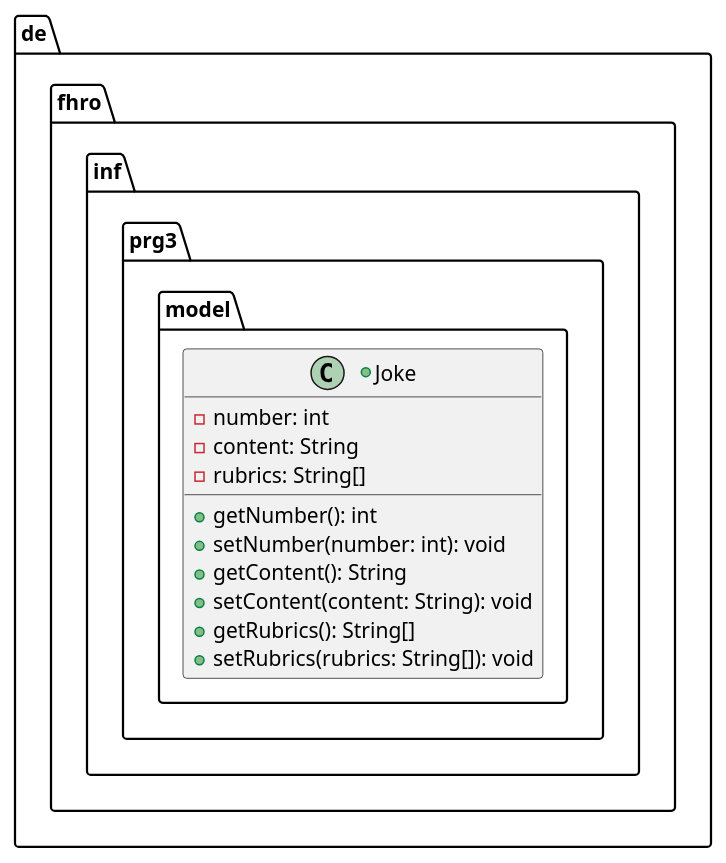
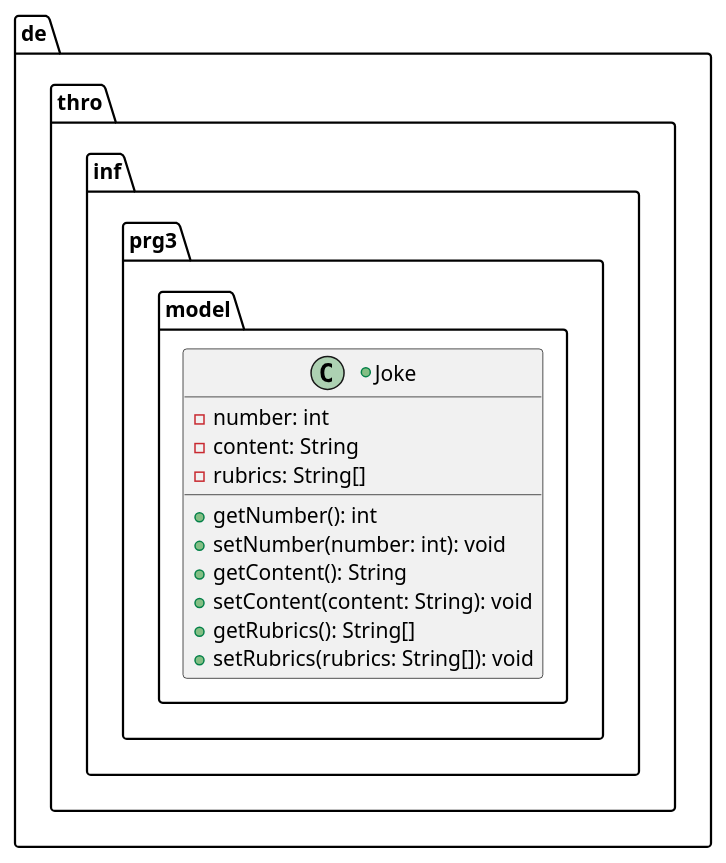
The diagram in assets/model-spec.plantuml (wolfol67755/06-annotations-reflection), drawn with PlantUML before and after one commit. The commit also changed 5 other files, not shown here.

Commit message:
Updated UML specs

```diff
--- a/assets/model-spec.plantuml
+++ b/assets/model-spec.plantuml
@@ -1,17 +1,17 @@
 @startuml ModelSpec
-package de.fhro.inf.prg3.model {
+package de.thro.inf.prg3.model {
     +class Joke {
 
         -number: int
         -content: String
         -rubrics: String[]
 
         +getNumber(): int
         +setNumber(number: int): void
         +getContent(): String
         +setContent(content: String): void
         +getRubrics(): String[]
         +setRubrics(rubrics: String[]): void
     }
 }
 @enduml
```
